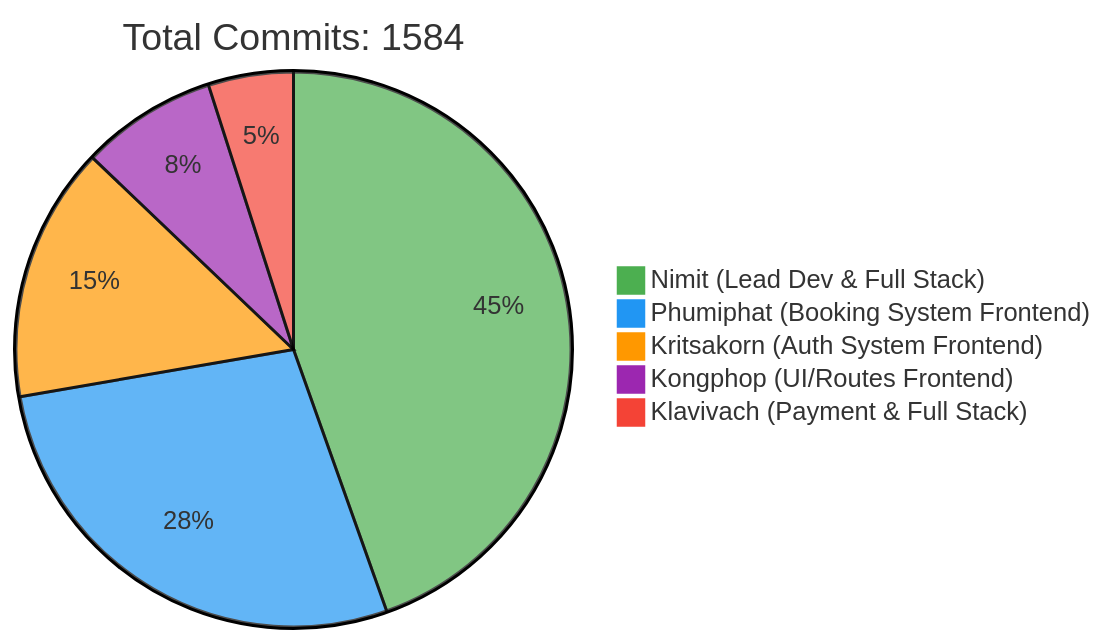
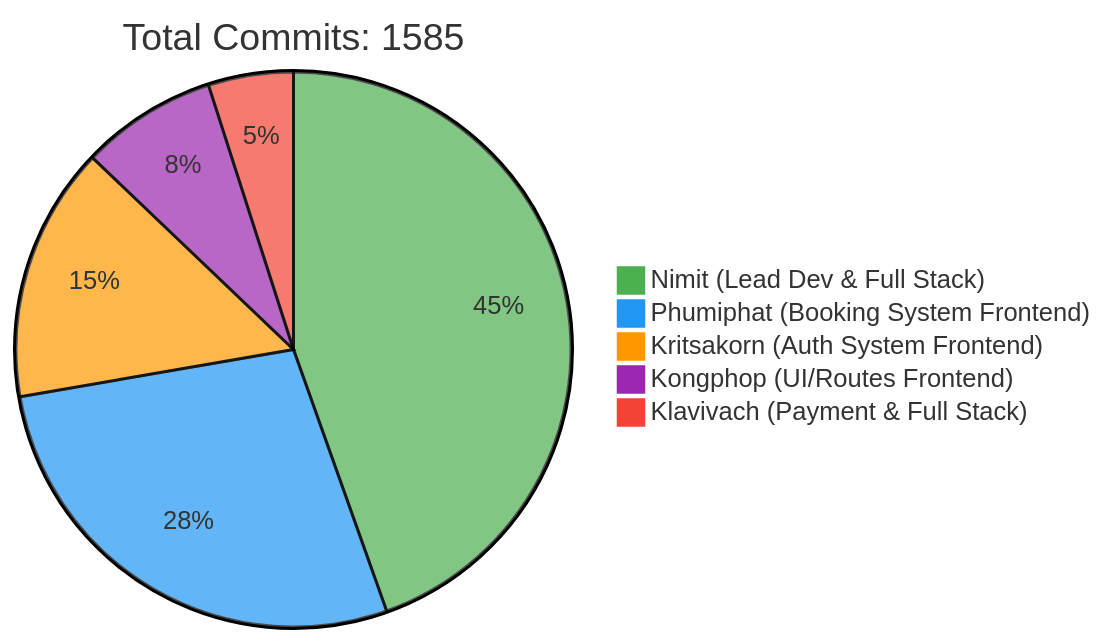
Before and after one commit to 6531503042/Sport-Complex: the first of 2 diagrams in README.md, drawn with Mermaid. The commit also changed other lines of this file, not shown here.

Commit message:
docs: Update contributor statistics [skip ci]

````diff
--- a/README.md
+++ b/README.md
@@ -257,10 +257,10 @@
 ```mermaid
 %%{init: {'theme': 'base', 'themeVariables': { 'pie1': '#4CAF50', 'pie2': '#2196F3', 'pie3': '#FF9800', 'pie4': '#9C27B0', 'pie5': '#F44336'}}}%%
 pie
-    title Total Commits: 1584
+    title Total Commits: 1585
     "Nimit (Lead Dev & Full Stack)" : 450
     "Phumiphat (Booking System Frontend)" : 280
     "Kritsakorn (Auth System Frontend)" : 150
     "Kongphop (UI/Routes Frontend)" : 80
     "Klavivach (Payment & Full Stack)" : 50
 ```
````
